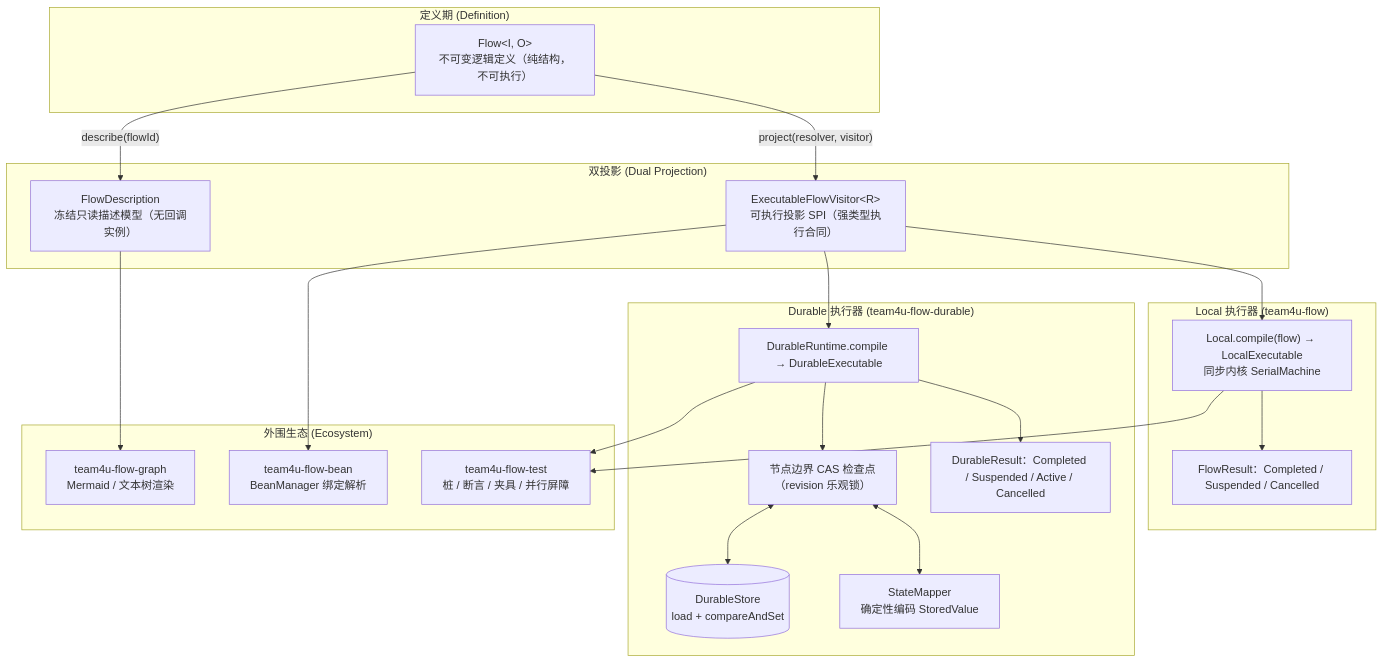
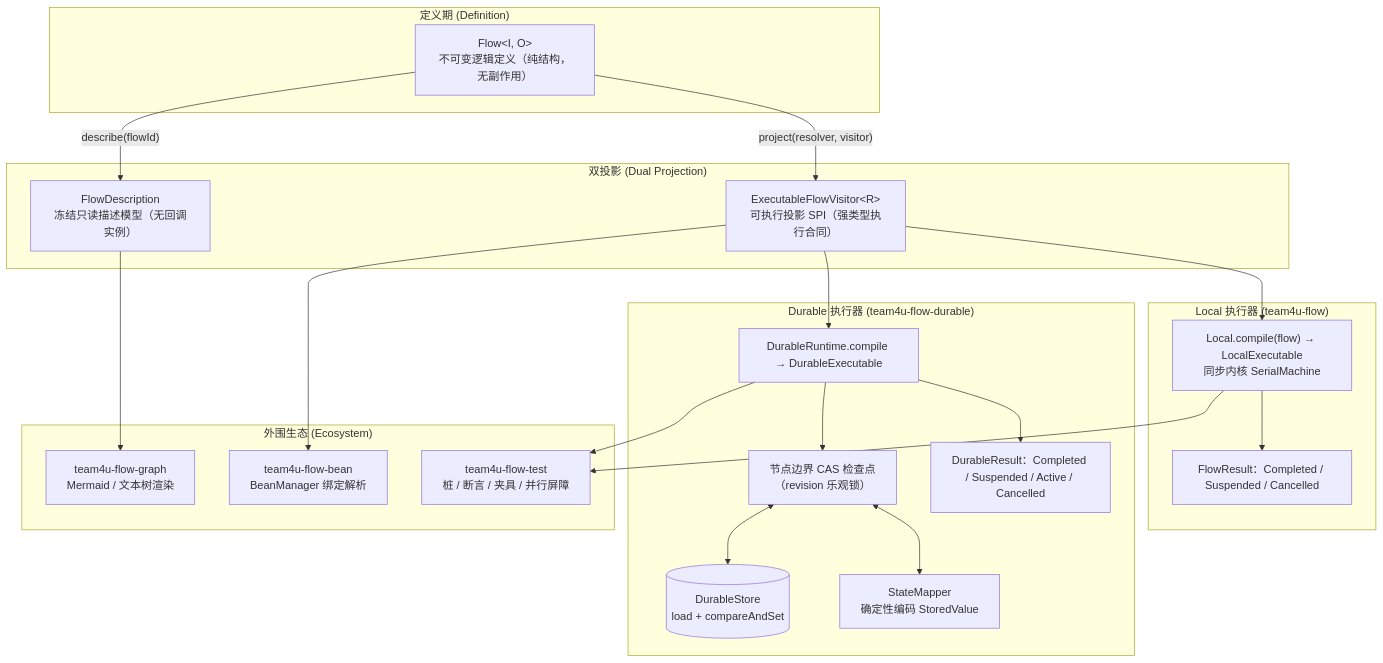
One commit to team4u/team4u-framework changed the diagram in docs/flow/README.md. Above: the diagram before and after it, drawn with Mermaid. The commit also changed other lines of this file and 9 other files, not shown here.

Commit message:
docs(flow): 对齐全站标准风格，移除数字序号与非标口语化表达

````diff
--- a/docs/flow/README.md
+++ b/docs/flow/README.md
@@ -49,28 +23,28 @@
 ```mermaid
 graph TD
     subgraph "定义期 (Definition)"
-        D["Flow&lt;I, O&gt;<br/>不可变逻辑定义（纯结构，不可执行）"]
+        D["Flow&lt;I, O&gt;<br/>不可变逻辑定义（纯结构，无副作用）"]
     end
 
     subgraph "双投影 (Dual Projection)"
         D -->|"describe(flowId)"| PD["FlowDescription<br/>冻结只读描述模型（无回调实例）"]
         D -->|"project(resolver, visitor)"| PE["ExecutableFlowVisitor&lt;R&gt;<br/>可执行投影 SPI（强类型执行合同）"]
     end
     subgraph "Local 执行器 (team4u-flow)"
         PE --> L["Local.compile(flow) → LocalExecutable<br/>同步内核 SerialMachine"]
         L --> LR["FlowResult：Completed / Suspended / Cancelled"]
     end
     subgraph "Durable 执行器 (team4u-flow-durable)"
         PE --> DR["DurableRuntime.compile → DurableExecutable"]
         DR --> CK["节点边界 CAS 检查点<br/>（revision 乐观锁）"]
         CK <--> DS[("DurableStore<br/>load + compareAndSet")]
         CK <--> SM["StateMapper<br/>确定性编码 StoredValue"]
         DR --> DRR["DurableResult：Completed / Suspended / Active / Cancelled"]
     end
     subgraph "外围生态 (Ecosystem)"
         PD --> FG["team4u-flow-graph<br/>Mermaid / 文本树渲染"]
         PE --> FB["team4u-flow-bean<br/>BeanManager 绑定解析"]
         L --> FT["team4u-flow-test<br/>桩 / 断言 / 夹具 / 并行屏障"]
         DR --> FT
     end
 ```
````
